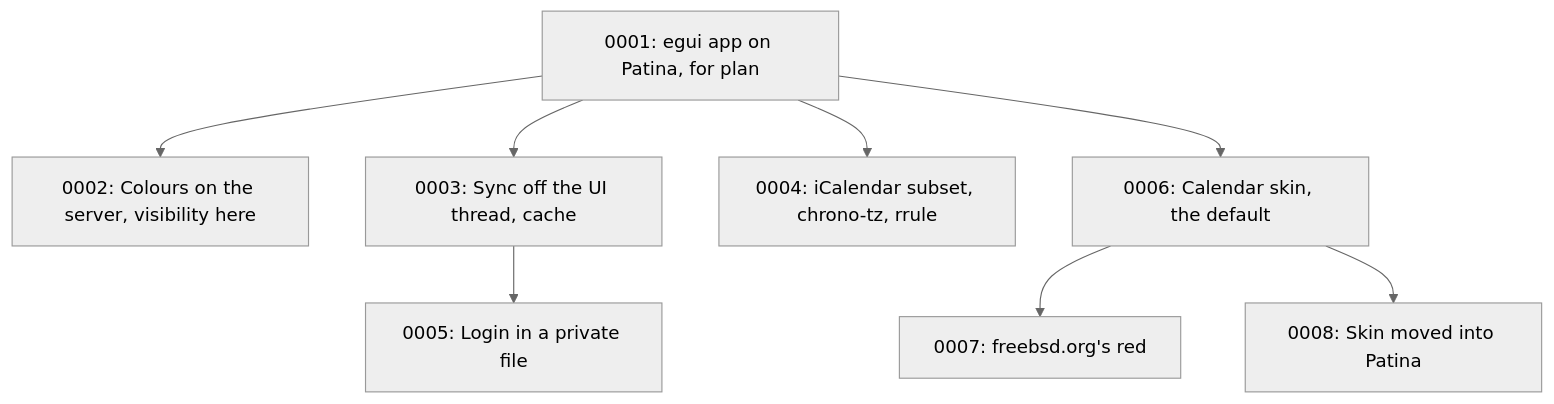
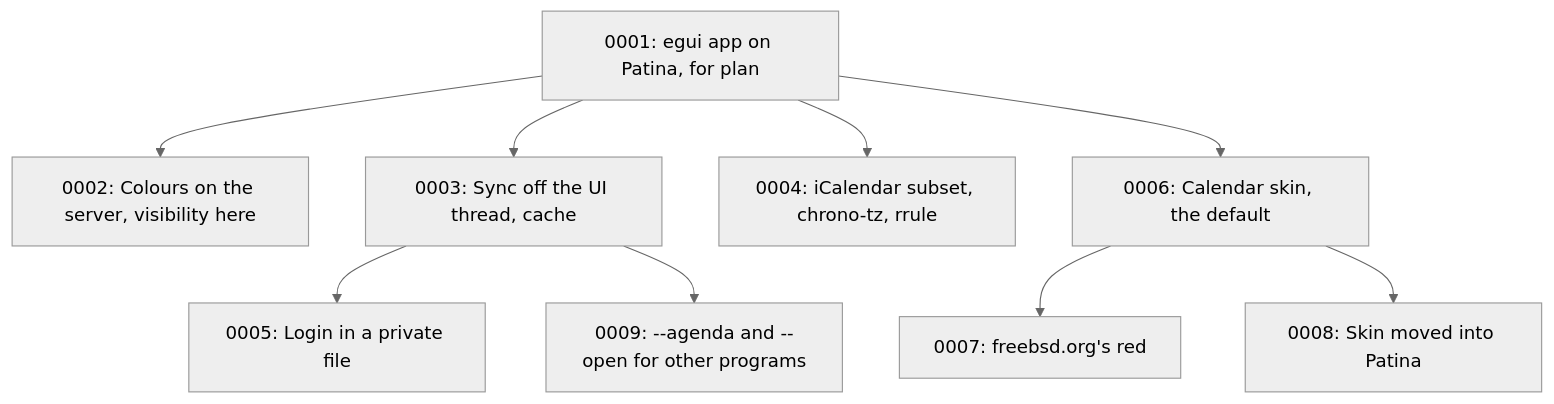
Before and after one commit to Sector-F-Labs/patina-desktop: the diagram in calendar/docs/adr/README.md, drawn with Mermaid (neutral theme). The commit also changed other lines of this file and 6 other files, not shown here.

````diff
--- a/calendar/docs/adr/README.md
+++ b/calendar/docs/adr/README.md
@@ -56,10 +57,11 @@
 ```mermaid
 flowchart TD
     A[0001: egui app on Patina, for plan] --> B[0002: Colours on the server, visibility here]
     A --> C[0003: Sync off the UI thread, cache]
     A --> D[0004: iCalendar subset, chrono-tz, rrule]
     C --> E[0005: Login in a private file]
     A --> F[0006: Calendar skin, the default]
     F --> G[0007: freebsd.org's red]
     F --> H[0008: Skin moved into Patina]
+    C --> I[0009: --agenda and --open for other programs]
 ```
````
